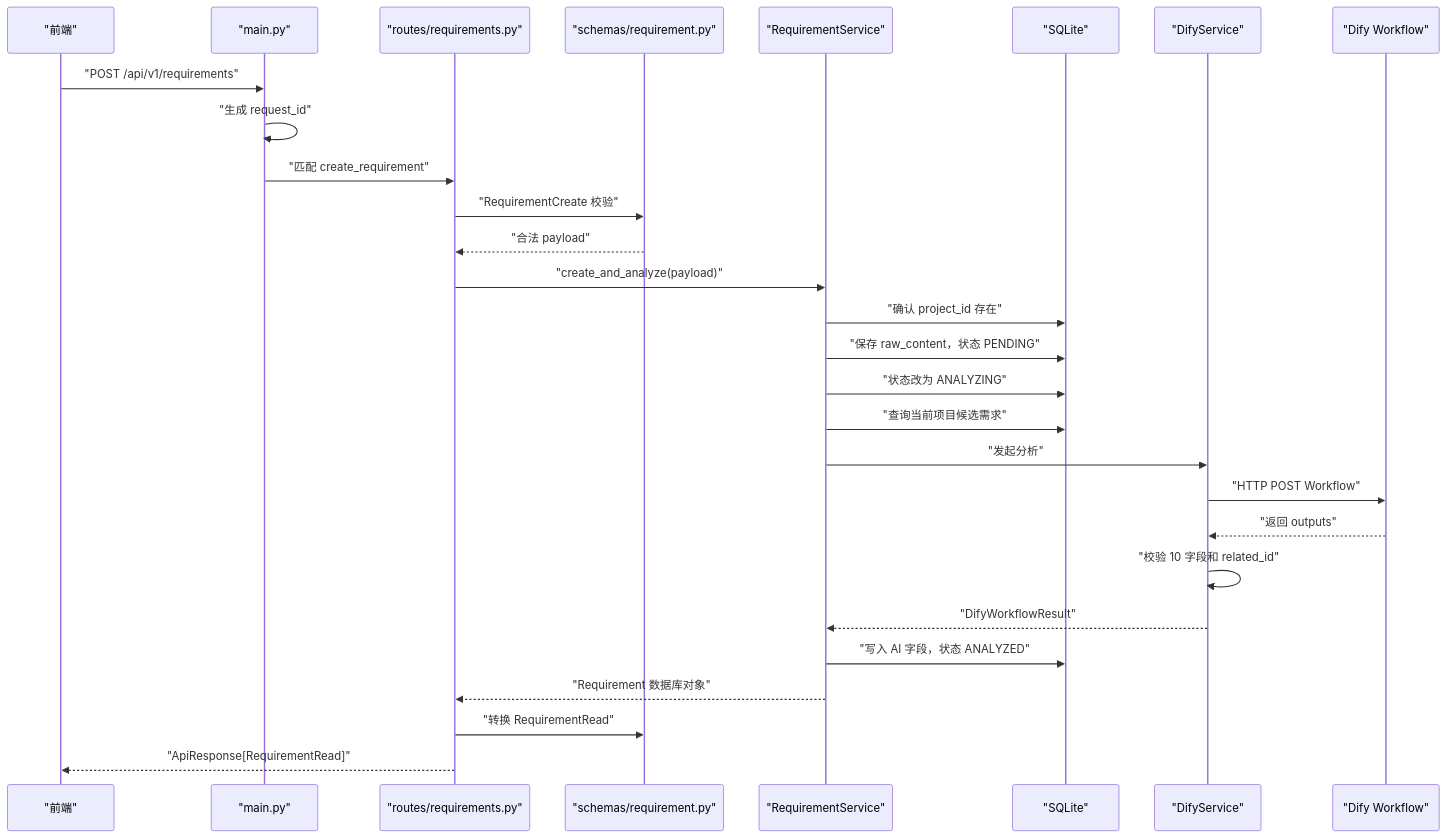
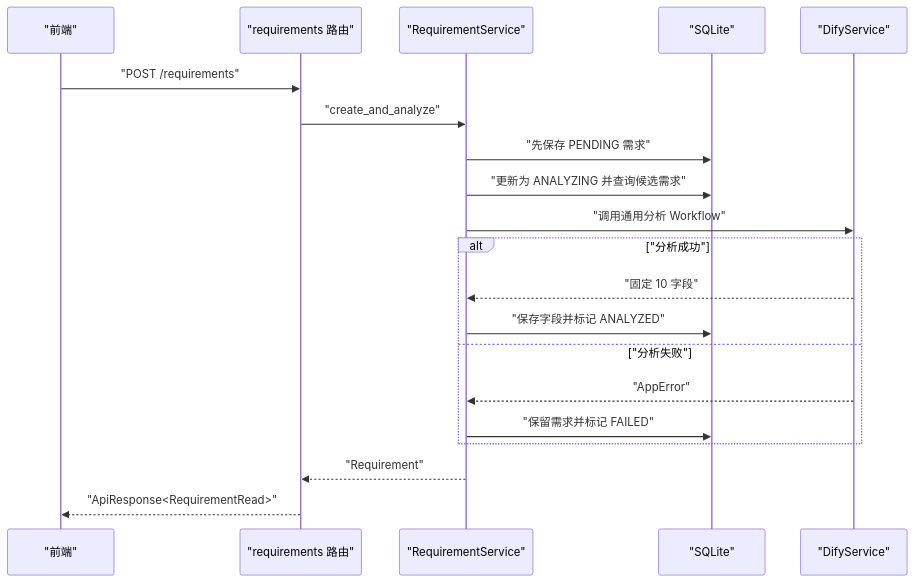
One commit to zhanggengyu2-blip/minimal-ai-requirements-agent changed the third of 4 diagrams in backend/v2.0/docs/后端文件分层与字段说明.md. Above: the diagram before and after it, drawn with Mermaid. The commit also changed other lines of this file and 10 other files, not shown here.

````diff
--- a/backend/v2.0/docs/后端文件分层与字段说明.md
+++ b/backend/v2.0/docs/后端文件分层与字段说明.md
@@ -1929,31 +605,23 @@
 ```mermaid
 sequenceDiagram
     participant FE as "前端"
-    participant Main as "main.py"
-    participant Route as "routes/requirements.py"
-    participant Schema as "schemas/requirement.py"
+    participant Route as "requirements 路由"
     participant Service as "RequirementService"
     participant DB as "SQLite"
-    participant DifyService as "DifyService"
-    participant Dify as "Dify Workflow"
+    participant Dify as "DifyService"
 
-    FE->>Main: "POST /api/v1/requirements"
-    Main->>Main: "生成 request_id"
-    Main->>Route: "匹配 create_requirement"
-    Route->>Schema: "RequirementCreate 校验"
-    Schema-->>Route: "合法 payload"
-    Route->>Service: "create_and_analyze(payload)"
-    Service->>DB: "确认 project_id 存在"
-    Service->>DB: "保存 raw_content，状态 PENDING"
-    Service->>DB: "状态改为 ANALYZING"
-    Service->>DB: "查询当前项目候选需求"
-    Service->>DifyService: "发起分析"
-    DifyService->>Dify: "HTTP POST Workflow"
-    Dify-->>DifyService: "返回 outputs"
-    DifyService->>DifyService: "校验 10 字段和 related_id"
-    DifyService-->>Service: "DifyWorkflowResult"
-    Service->>DB: "写入 AI 字段，状态 ANALYZED"
-    Service-->>Route: "Requirement 数据库对象"
-    Route->>Schema: "转换 RequirementRead"
-    Route-->>FE: "ApiResponse[RequirementRead]"
+    FE->>Route: "POST /requirements"
+    Route->>Service: "create_and_analyze"
+    Service->>DB: "先保存 PENDING 需求"
+    Service->>DB: "更新为 ANALYZING 并查询候选需求"
+    Service->>Dify: "调用通用分析 Workflow"
+    alt "分析成功"
+        Dify-->>Service: "固定 10 字段"
+        Service->>DB: "保存字段并标记 ANALYZED"
+    else "分析失败"
+        Dify-->>Service: "AppError"
+        Service->>DB: "保留需求并标记 FAILED"
+    end
+    Service-->>Route: "Requirement"
+    Route-->>FE: "ApiResponse<RequirementRead>"
 ```
````
